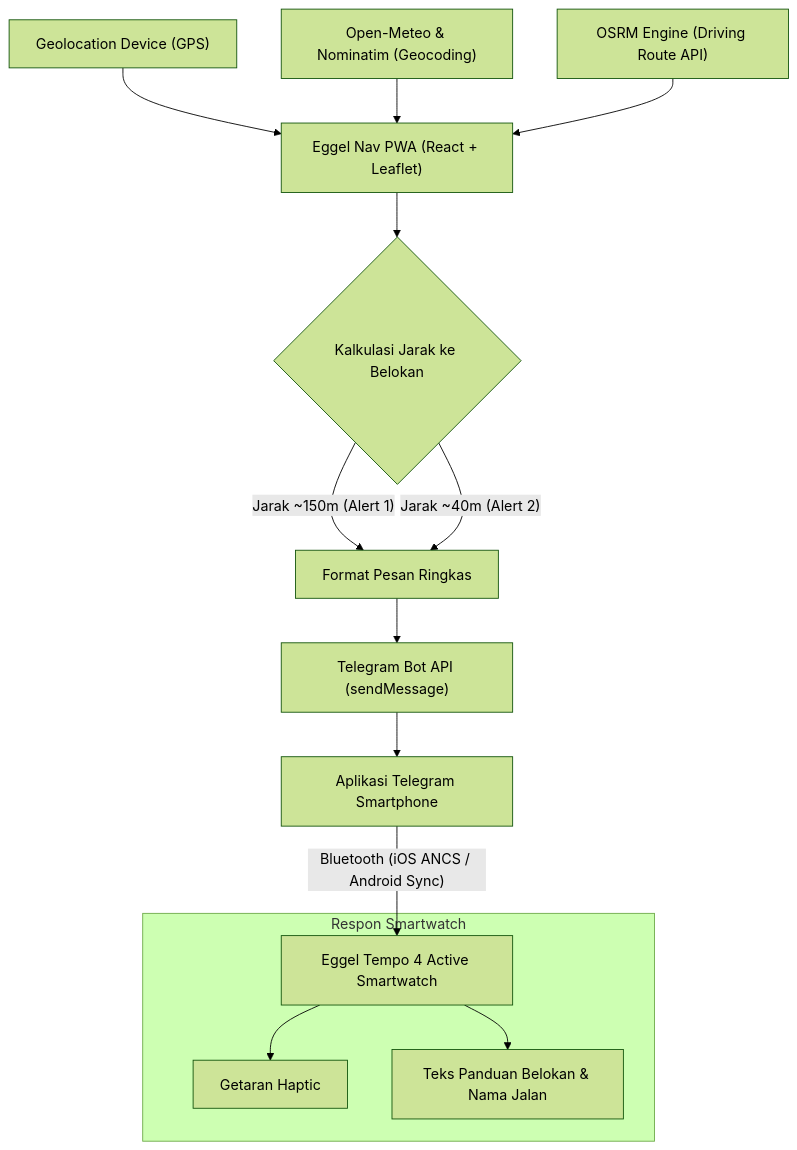
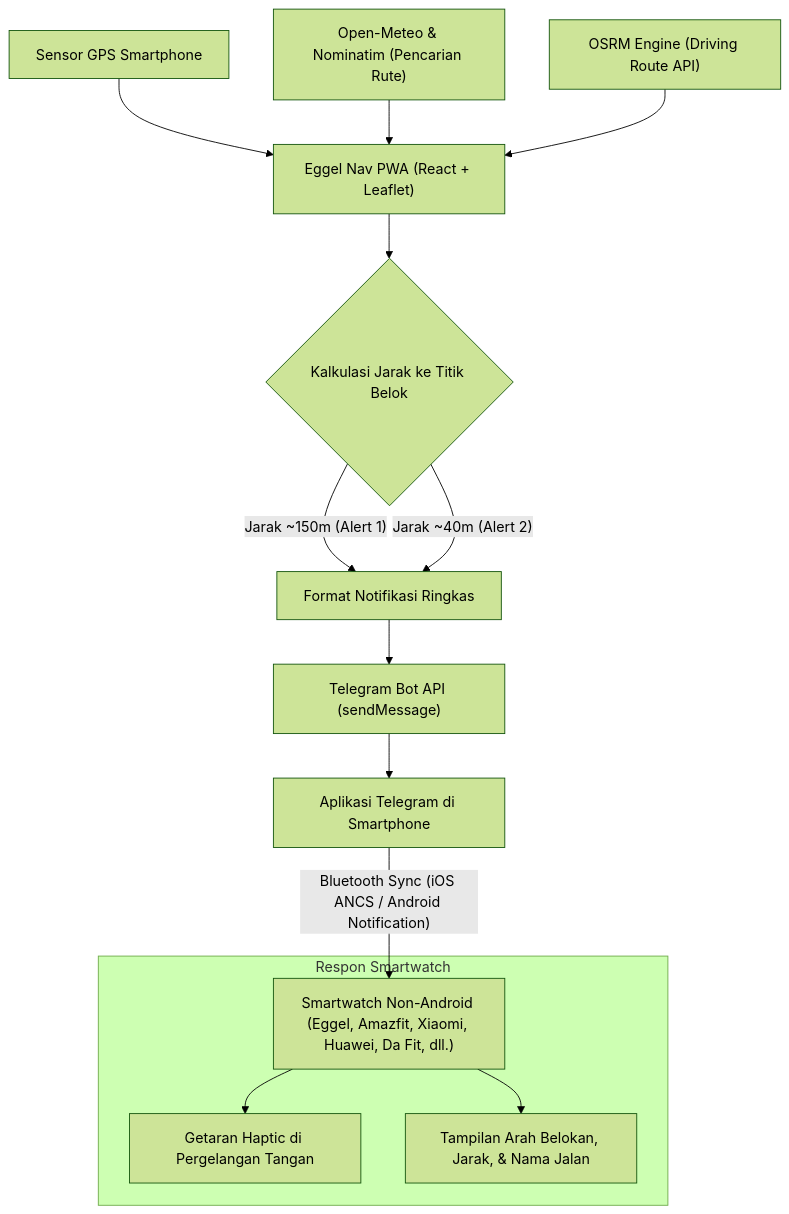
Before and after one commit to NaufalPratomo/eggel-nav: the diagram in README.md, drawn with Mermaid (forest theme). The commit also changed other lines of this file, not shown here.

Commit message:
docs: generalize README for all non-Android smartwatches using Telegram Bot notification bridge

````diff
--- a/README.md
+++ b/README.md
@@ -44,19 +71,19 @@
 ```mermaid
 flowchart TD
-    A["Geolocation Device (GPS)"] --> B["Eggel Nav PWA (React + Leaflet)"]
-    C["Open-Meteo & Nominatim (Geocoding)"] --> B
+    A["Sensor GPS Smartphone"] --> B["Eggel Nav PWA (React + Leaflet)"]
+    C["Open-Meteo & Nominatim (Pencarian Rute)"] --> B
     D["OSRM Engine (Driving Route API)"] --> B
     
-    B --> E{"Kalkulasi Jarak ke Belokan"}
-    E -- "Jarak ~150m (Alert 1)" --> F["Format Pesan Ringkas"]
+    B --> E{"Kalkulasi Jarak ke Titik Belok"}
+    E -- "Jarak ~150m (Alert 1)" --> F["Format Notifikasi Ringkas"]
     E -- "Jarak ~40m (Alert 2)" --> F
     
     F --> G["Telegram Bot API (sendMessage)"]
-    G --> H["Aplikasi Telegram Smartphone"]
-    H -- "Bluetooth (iOS ANCS / Android Sync)" --> I["Eggel Tempo 4 Active Smartwatch"]
+    G --> H["Aplikasi Telegram di Smartphone"]
+    H -- "Bluetooth Sync (iOS ANCS / Android Notification)" --> I["Smartwatch Non-Android (Eggel, Amazfit, Xiaomi, Huawei, Da Fit, dll.)"]
     
     subgraph Respon Smartwatch
-    I --> J["Getaran Haptic"]
-    I --> K["Teks Panduan Belokan & Nama Jalan"]
+    I --> J["Getaran Haptic di Pergelangan Tangan"]
+    I --> K["Tampilan Arah Belokan, Jarak, & Nama Jalan"]
     end
 ```
````
